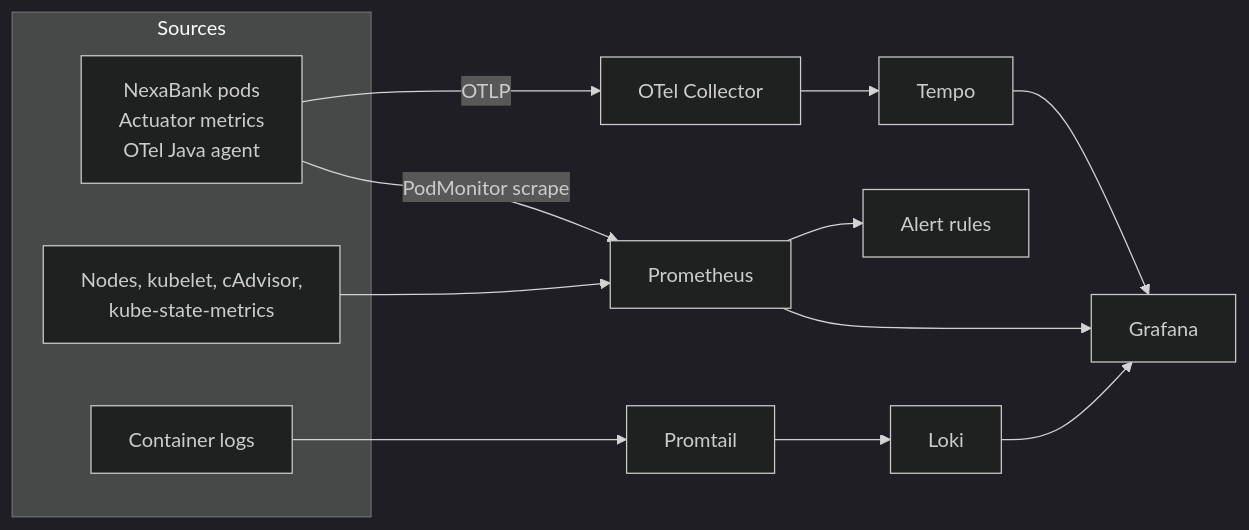
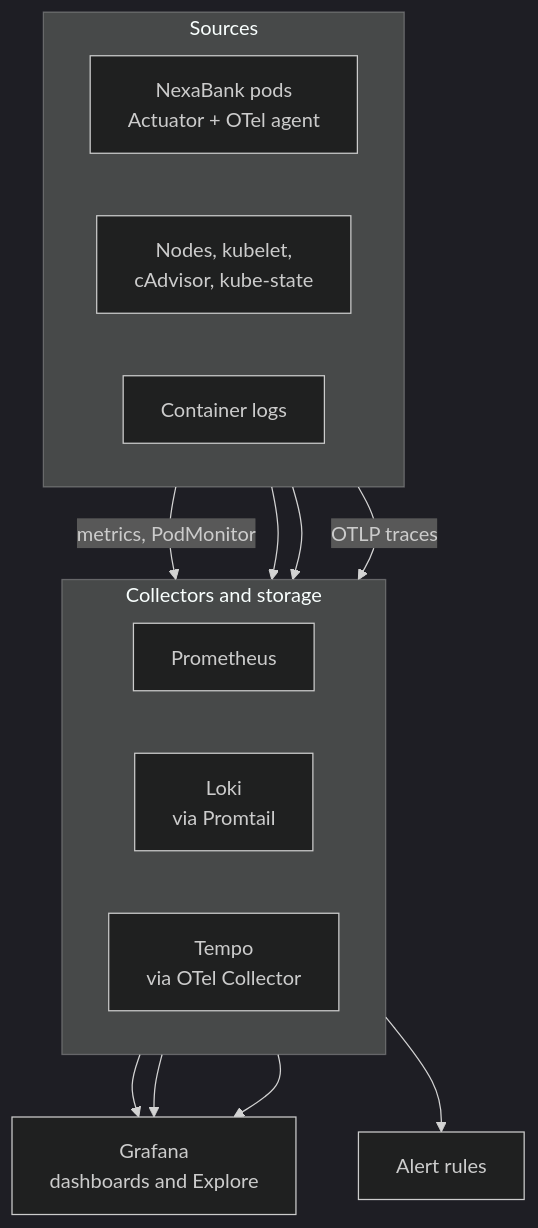
Before and after one commit to shashankcodes-10/NexaBank: the seventh of 8 diagrams in README.md, drawn with Mermaid (dark theme). The commit also changed other lines of this file and 7 other files, not shown here.

Commit message:
docs: readable diagrams and application screenshots in the README

````diff
--- a/README.md
+++ b/README.md
@@ -240,18 +277,28 @@
 ```mermaid
-flowchart LR
+flowchart TB
     subgraph src["Sources"]
-        app[NexaBank pods<br/>Actuator metrics<br/>OTel Java agent]
-        k8s[Nodes, kubelet, cAdvisor,<br/>kube-state-metrics]
+        direction LR
+        app[NexaBank pods<br/>Actuator + OTel agent]
+        k8s[Nodes, kubelet,<br/>cAdvisor, kube-state]
         logs[Container logs]
     end
 
-    app -->|PodMonitor scrape| prom[Prometheus]
+    subgraph store["Collectors and storage"]
+        direction LR
+        prom[Prometheus]
+        loki[Loki<br/>via Promtail]
+        tempo[Tempo<br/>via OTel Collector]
+    end
+
+    gf[Grafana<br/>dashboards and Explore]
+    alerts[Alert rules]
+
+    app -->|metrics, PodMonitor| prom
     k8s --> prom
-    logs --> pt[Promtail] --> loki[Loki]
-    app -->|OTLP| otel[OTel Collector] --> tempo[Tempo]
-
-    prom --> gf[Grafana]
+    logs --> loki
+    app -->|OTLP traces| tempo
+    prom --> gf
     loki --> gf
     tempo --> gf
-    prom --> alerts[Alert rules]
+    prom --> alerts
 ```
````
